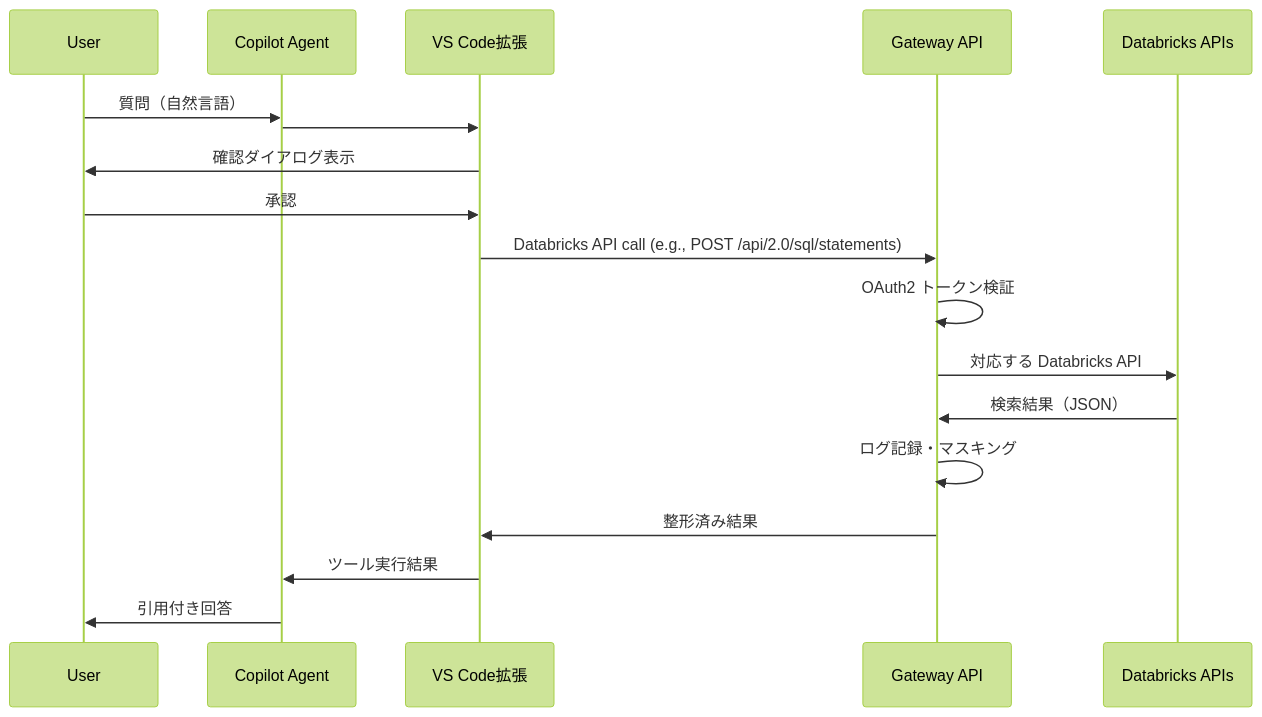
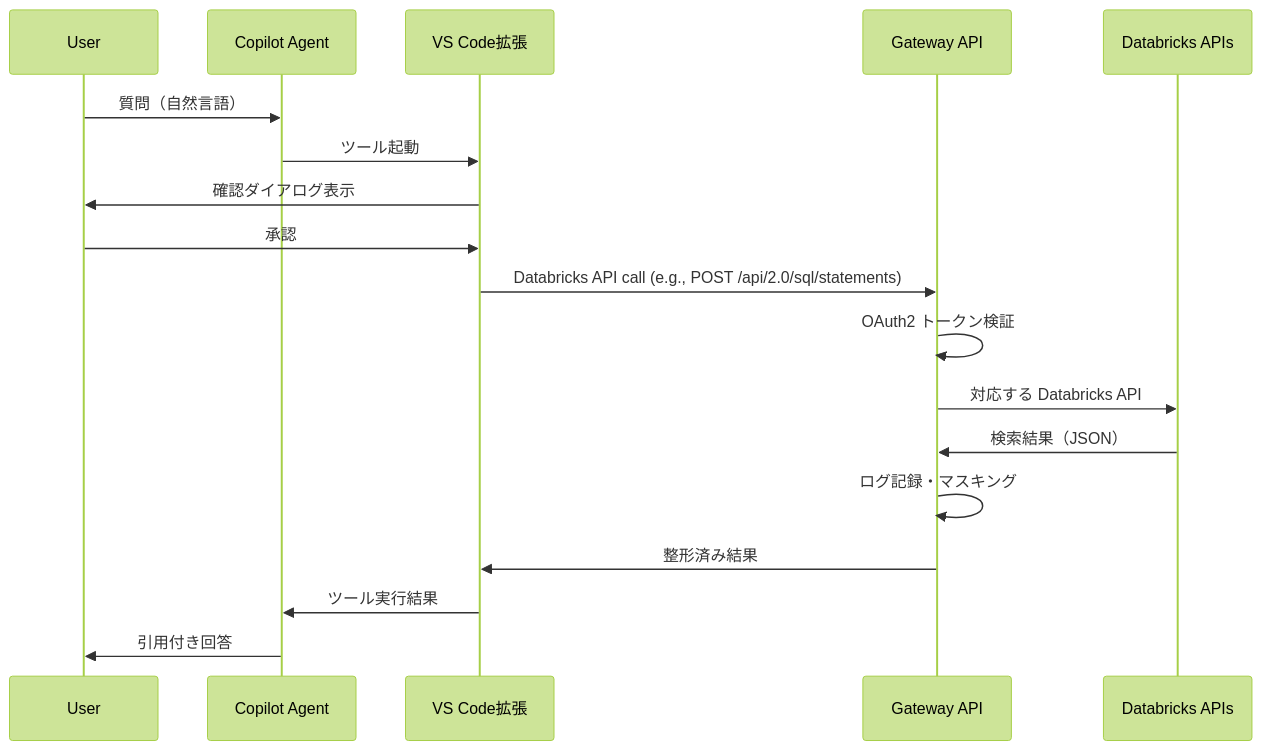
Before and after one commit to daichiTAAA/VSCodeTool: the second of 3 diagrams in docs/02000_設計書/02100_設計書.md, drawn with Mermaid (forest theme). The commit also changed 1 other file, not shown here.

Commit message:
docsを修正した

````diff
--- a/docs/02000_設計書/02100_設計書.md
+++ b/docs/02000_設計書/02100_設計書.md
@@ -72,21 +72,21 @@
 ```mermaid
 sequenceDiagram
   participant U as User
   participant C as Copilot Agent
   participant E as VS Code拡張
   participant G as Gateway API
     participant D as Databricks APIs
 
     U->>C: 質問（自然言語）
-    C->>E: #dbxSearch ツール起動
+    C->>E: ツール起動
     E->>U: 確認ダイアログ表示
     U->>E: 承認
     E->>G: Databricks API call (e.g., POST /api/2.0/sql/statements)
     G->>G: OAuth2 トークン検証
     G->>D: 対応する Databricks API
     D->>G: 検索結果（JSON）
     G->>G: ログ記録・マスキング
     G->>E: 整形済み結果
     E->>C: ツール実行結果
     C->>U: 引用付き回答
 ```
````
